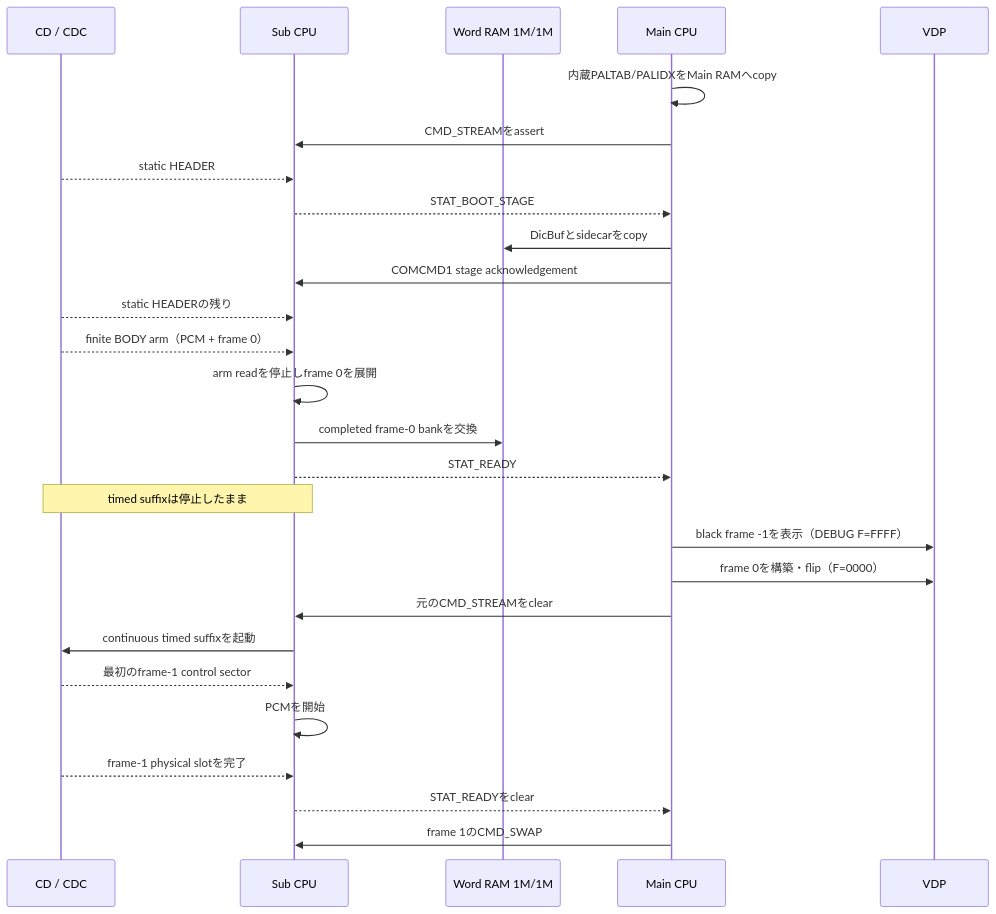
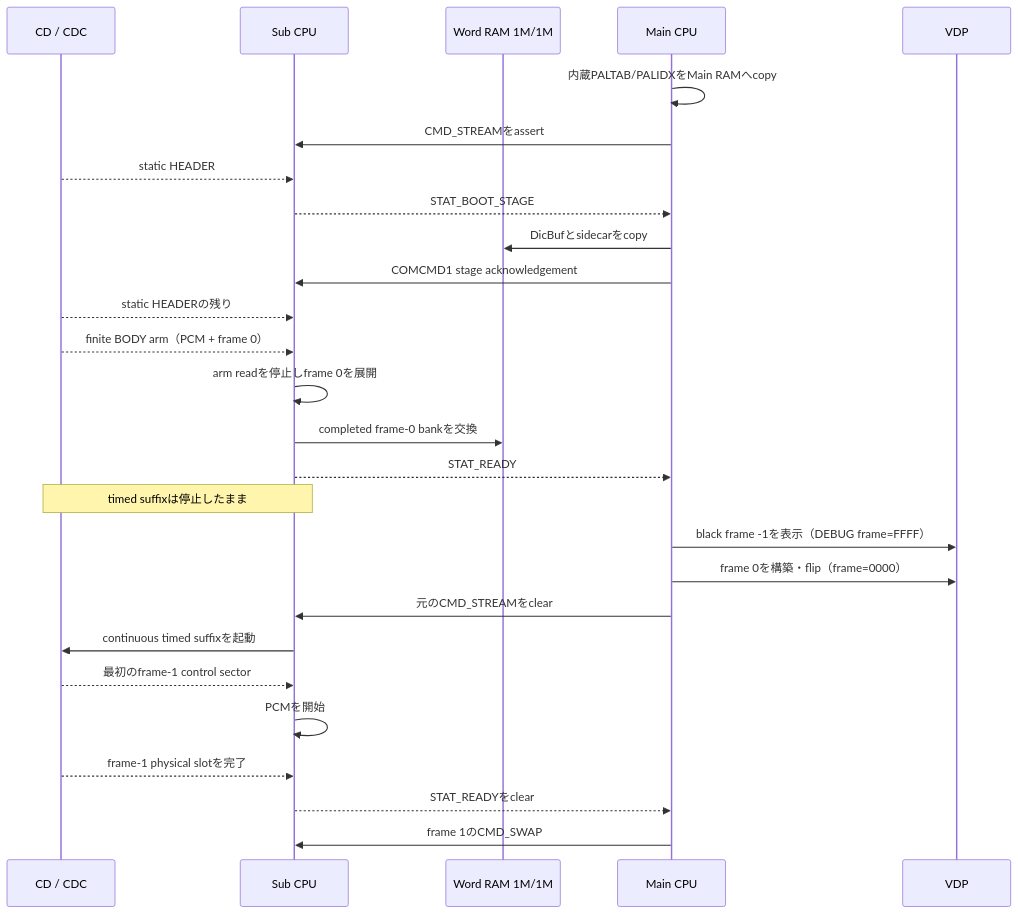
The third of 4 diagrams in PLAYER.md (akiyan/segacd-fmv-cavc), drawn with Mermaid before and after one commit. The commit also changed other lines of this file and 61 other files, not shown here.

````diff
--- a/PLAYER.md
+++ b/PLAYER.md
@@ -563,30 +564,30 @@
 ```mermaid
 sequenceDiagram
     participant CD as CD / CDC
     participant S as Sub CPU
     participant W as Word RAM 1M/1M
     participant M as Main CPU
     participant V as VDP
 
     M->>M: 内蔵PALTAB/PALIDXをMain RAMへcopy
     M->>S: CMD_STREAMをassert
     CD-->>S: static HEADER
     S-->>M: STAT_BOOT_STAGE
     M->>W: DicBufとsidecarをcopy
     M->>S: COMCMD1 stage acknowledgement
     CD-->>S: static HEADERの残り
     CD-->>S: finite BODY arm（PCM + frame 0）
     S->>S: arm readを停止しframe 0を展開
     S->>W: completed frame-0 bankを交換
     S-->>M: STAT_READY
     Note over S,CD: timed suffixは停止したまま
-    M->>V: black frame -1を表示（DEBUG F=FFFF）
-    M->>V: frame 0を構築・flip（F=0000）
+    M->>V: black frame -1を表示（DEBUG frame=FFFF）
+    M->>V: frame 0を構築・flip（frame=0000）
     M->>S: 元のCMD_STREAMをclear
     S->>CD: continuous timed suffixを起動
     CD-->>S: 最初のframe-1 control sector
     S->>S: PCMを開始
     CD-->>S: frame-1 physical slotを完了
     S-->>M: STAT_READYをclear
     M->>S: frame 1のCMD_SWAP
 ```
````
